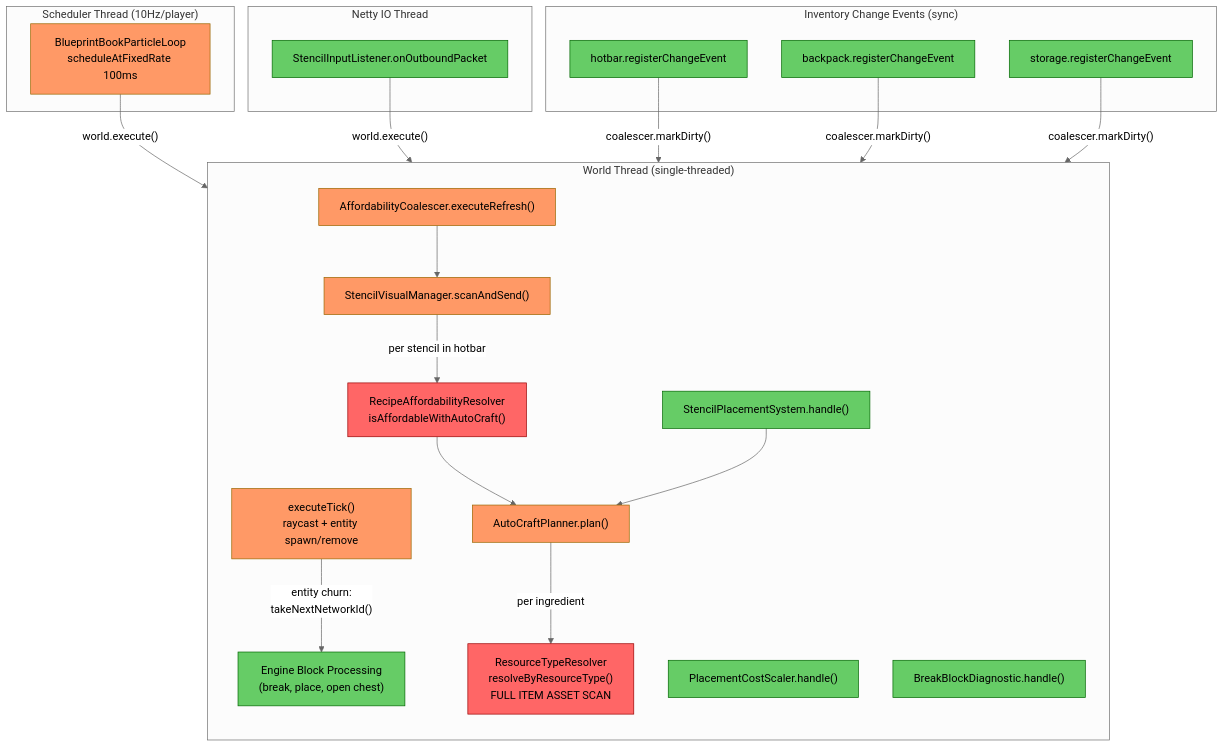
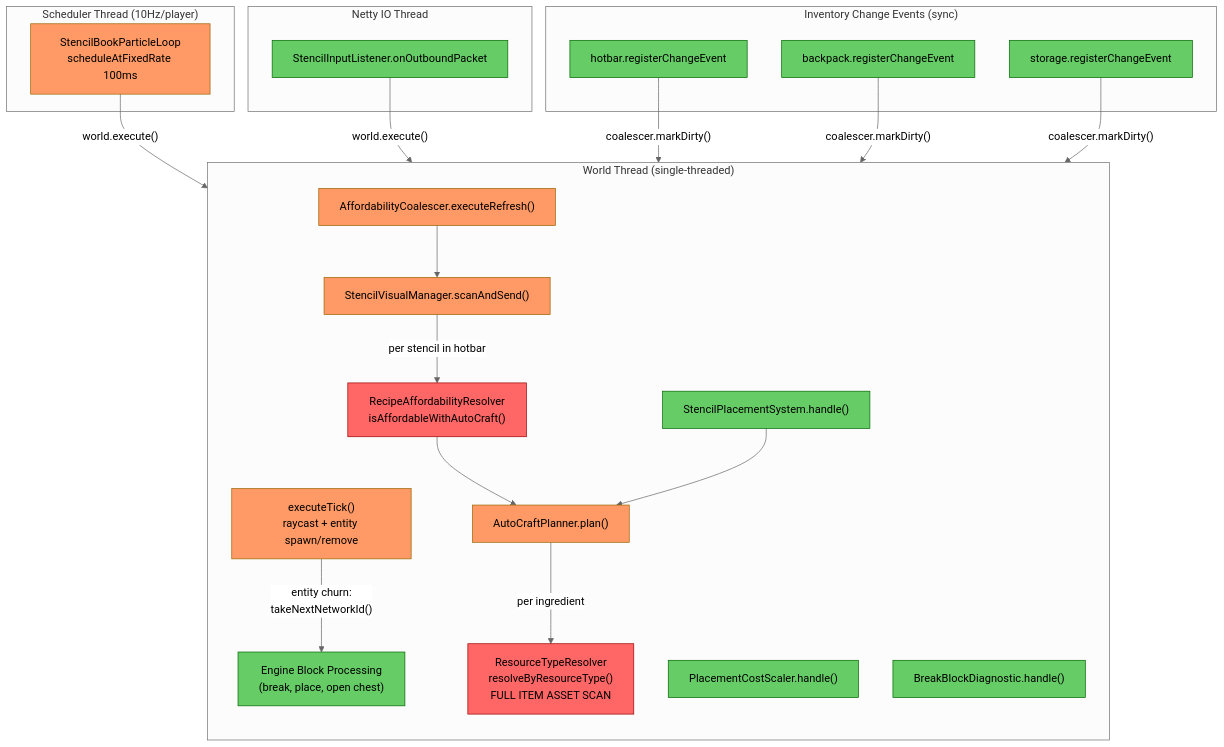
Before and after one commit to TheCodeCreature/Hytale-Example-Plugin: the first of 2 diagrams in docs/review-progressive-slowdown-audit.md, drawn with Mermaid (neutral theme). The commit also changed other lines of this file and 289 other files, not shown here.

````diff
--- a/docs/review-progressive-slowdown-audit.md
+++ b/docs/review-progressive-slowdown-audit.md
@@ -17,58 +17,58 @@
 ```mermaid
 graph TB
     subgraph "Netty IO Thread"
         PKT[StencilInputListener.onOutboundPacket]
     end
 
     subgraph "Scheduler Thread (10Hz/player)"
-        SCHED[BlueprintBookParticleLoop<br/>scheduleAtFixedRate 100ms]
+        SCHED[StencilBookParticleLoop<br/>scheduleAtFixedRate 100ms]
     end
 
     subgraph "World Thread (single-threaded)"
         direction TB
         ENGINE["Engine Block Processing<br/>(break, place, open chest)"]
         TICK["executeTick()<br/>raycast + entity spawn/remove"]
         REFRESH["AffordabilityCoalescer.executeRefresh()"]
         VIS["StencilVisualManager.scanAndSend()"]
         RESOLVE["RecipeAffordabilityResolver<br/>isAffordableWithAutoCraft()"]
         PLAN["AutoCraftPlanner.plan()"]
         RES["ResourceTypeResolver<br/>resolveByResourceType()<br/>FULL ITEM ASSET SCAN"]
         STENCIL_PLACE["StencilPlacementSystem.handle()"]
         COST_SCALER["PlacementCostScaler.handle()"]
         BREAK_DIAG["BreakBlockDiagnostic.handle()"]
     end
 
     subgraph "Inventory Change Events (sync)"
         HOT["hotbar.registerChangeEvent"]
         BACK["backpack.registerChangeEvent"]
         STOR["storage.registerChangeEvent"]
     end
 
     SCHED -->|"world.execute()"| TICK
     PKT -->|"world.execute()"| ENGINE
     HOT -->|"coalescer.markDirty()"| REFRESH
     BACK -->|"coalescer.markDirty()"| REFRESH
     STOR -->|"coalescer.markDirty()"| REFRESH
     REFRESH --> VIS
     VIS -->|"per stencil in hotbar"| RESOLVE
     RESOLVE --> PLAN
     PLAN -->|"per ingredient"| RES
     STENCIL_PLACE --> PLAN
     TICK -->|"entity churn:<br/>takeNextNetworkId()"| ENGINE
 
     style RES fill:#f66,stroke:#900
     style TICK fill:#f96,stroke:#960
     style PLAN fill:#f96,stroke:#960
     style ENGINE fill:#6c6,stroke:#060
     style REFRESH fill:#f96,stroke:#960
     style VIS fill:#f96,stroke:#960
     style SCHED fill:#f96,stroke:#960
     style PKT fill:#6c6,stroke:#060
     style HOT fill:#6c6,stroke:#060
     style BACK fill:#6c6,stroke:#060
     style STOR fill:#6c6,stroke:#060
     style RESOLVE fill:#f66,stroke:#900
     style STENCIL_PLACE fill:#6c6,stroke:#060
     style COST_SCALER fill:#6c6,stroke:#060
     style BREAK_DIAG fill:#6c6,stroke:#060
 ```
````
